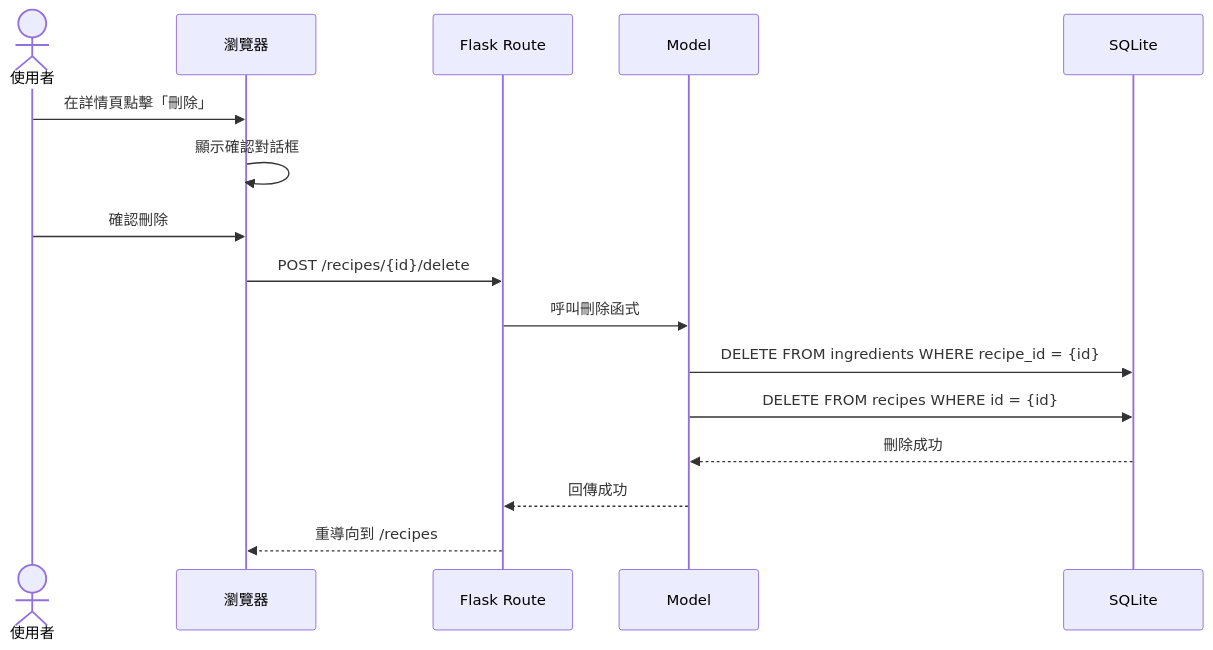
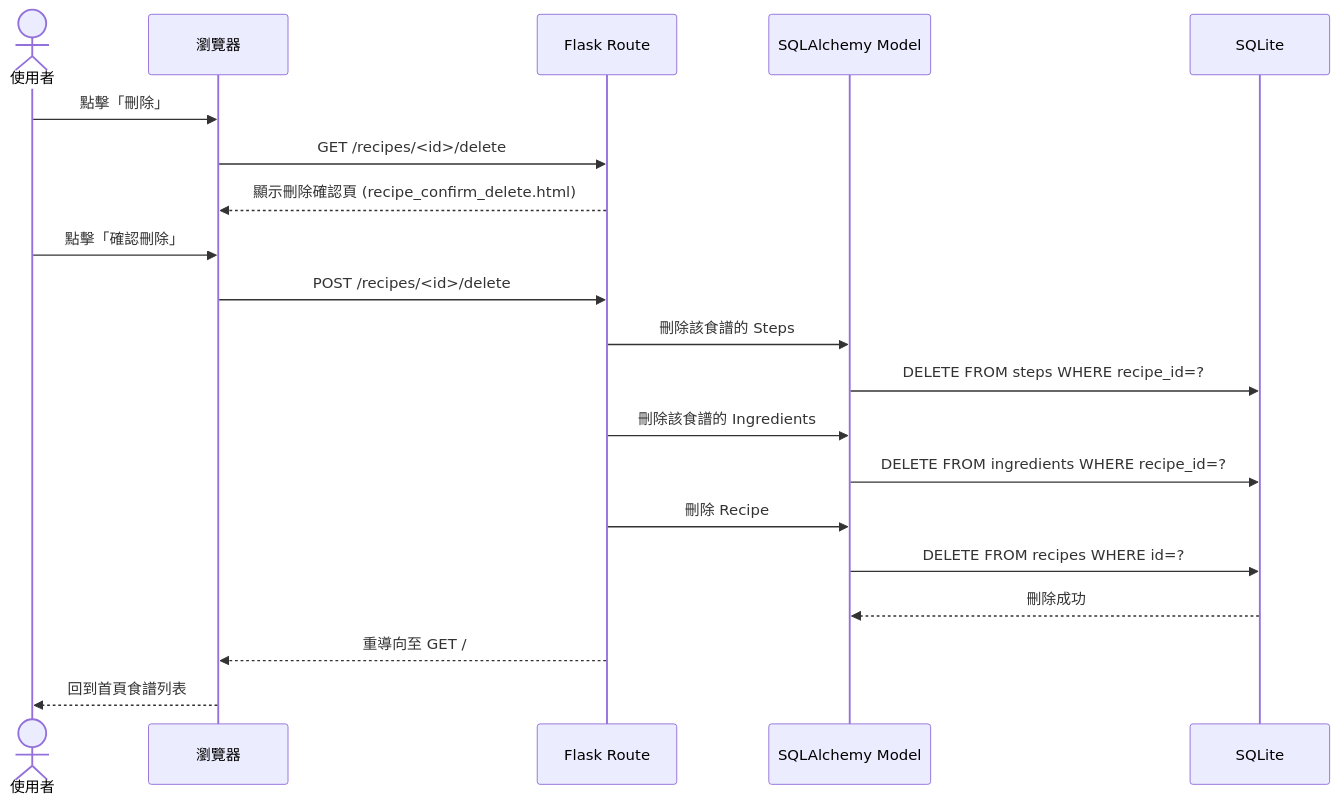
The fourth of 4 diagrams in docs/FLOWCHART.md (d1463704/web_app_development), drawn with Mermaid before and after one commit. The commit also changed other lines of this file, not shown here.

Commit message:
docs: add user flowchart

````diff
--- a/docs/FLOWCHART.md
+++ b/docs/FLOWCHART.md
@@ -153,19 +109,24 @@
 ```mermaid
 sequenceDiagram
     actor User as 使用者
     participant Browser as 瀏覽器
     participant Flask as Flask Route
-    participant Model as Model
+    participant Model as SQLAlchemy Model
     participant DB as SQLite
 
-    User->>Browser: 在詳情頁點擊「刪除」
-    Browser->>Browser: 顯示確認對話框
-    User->>Browser: 確認刪除
-    Browser->>Flask: POST /recipes/{id}/delete
-    Flask->>Model: 呼叫刪除函式
-    Model->>DB: DELETE FROM ingredients WHERE recipe_id = {id}
-    Model->>DB: DELETE FROM recipes WHERE id = {id}
+    User->>Browser: 點擊「刪除」
+    Browser->>Flask: GET /recipes/<id>/delete
+    Flask-->>Browser: 顯示刪除確認頁 (recipe_confirm_delete.html)
+
+    User->>Browser: 點擊「確認刪除」
+    Browser->>Flask: POST /recipes/<id>/delete
+    Flask->>Model: 刪除該食譜的 Steps
+    Model->>DB: DELETE FROM steps WHERE recipe_id=?
+    Flask->>Model: 刪除該食譜的 Ingredients
+    Model->>DB: DELETE FROM ingredients WHERE recipe_id=?
+    Flask->>Model: 刪除 Recipe
+    Model->>DB: DELETE FROM recipes WHERE id=?
     DB-->>Model: 刪除成功
-    Model-->>Flask: 回傳成功
-    Flask-->>Browser: 重導向到 /recipes
+    Flask-->>Browser: 重導向至 GET /
+    Browser-->>User: 回到首頁食譜列表
 ```
````
